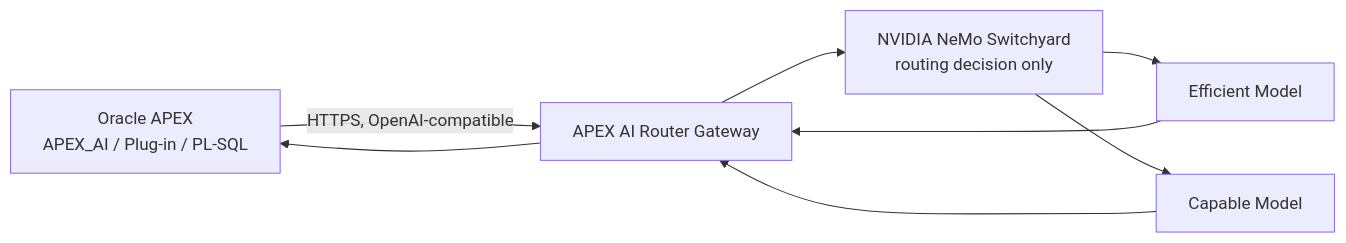
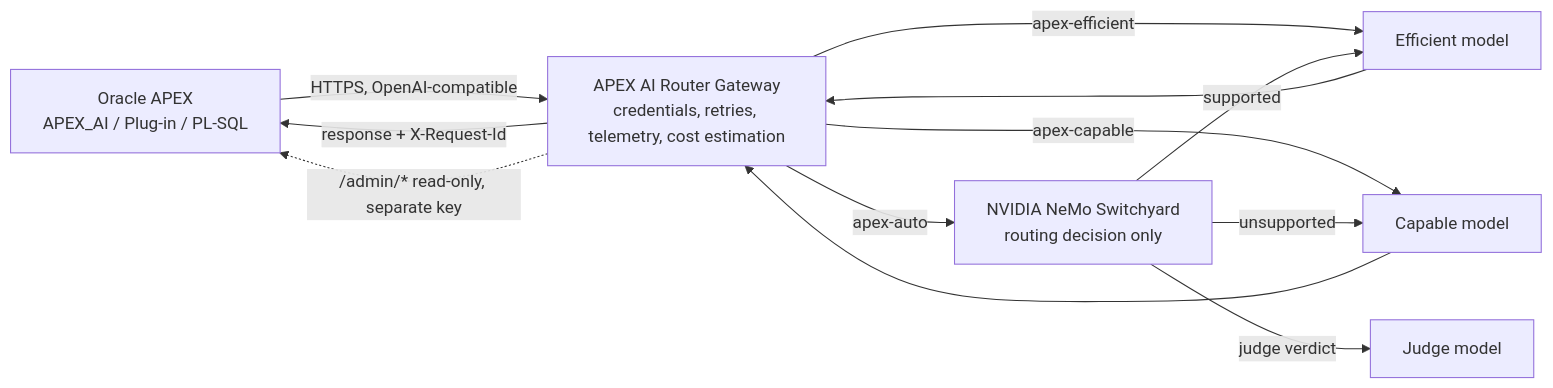
Before and after one commit to B2DEV-TECH/apex-ai-router: the second of 2 diagrams in README.md, drawn with Mermaid. The commit also changed other lines of this file, not shown here.

Commit message:
docs: showcase README with screenshots, routing sequence diagram, admin API table and validation record

````diff
--- a/README.md
+++ b/README.md
@@ -69,10 +240,14 @@
 ```mermaid
 flowchart LR
-    A[Oracle APEX<br/>APEX_AI / Plug-in / PL-SQL] -->|HTTPS, OpenAI-compatible| B[APEX AI Router Gateway]
-    B --> C[NVIDIA NeMo Switchyard<br/>routing decision only]
-    C --> D[Efficient Model]
-    C --> E[Capable Model]
+    A[Oracle APEX<br/>APEX_AI / Plug-in / PL-SQL] -->|HTTPS, OpenAI-compatible| B[APEX AI Router Gateway<br/>credentials, retries, telemetry, cost estimation]
+    B -->|apex-efficient| D[Efficient model]
+    B -->|apex-capable| E[Capable model]
+    B -->|apex-auto| C[NVIDIA NeMo Switchyard<br/>routing decision only]
+    C -->|judge verdict| J[Judge model]
+    C -->|supported| D
+    C -->|unsupported| E
     D --> B
     E --> B
-    B --> A
+    B -->|response + X-Request-Id| A
+    B -.->|"/admin/* read-only, separate key"| A
 ```
````
